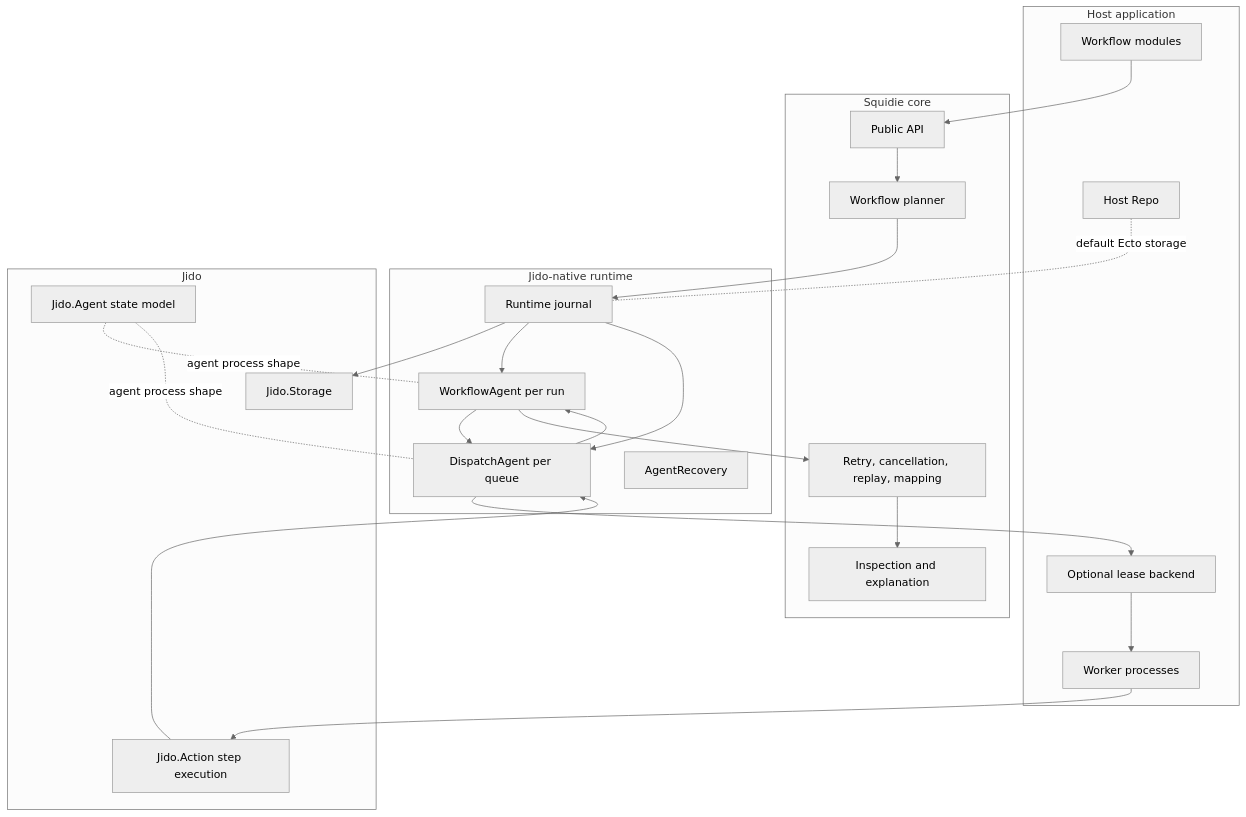
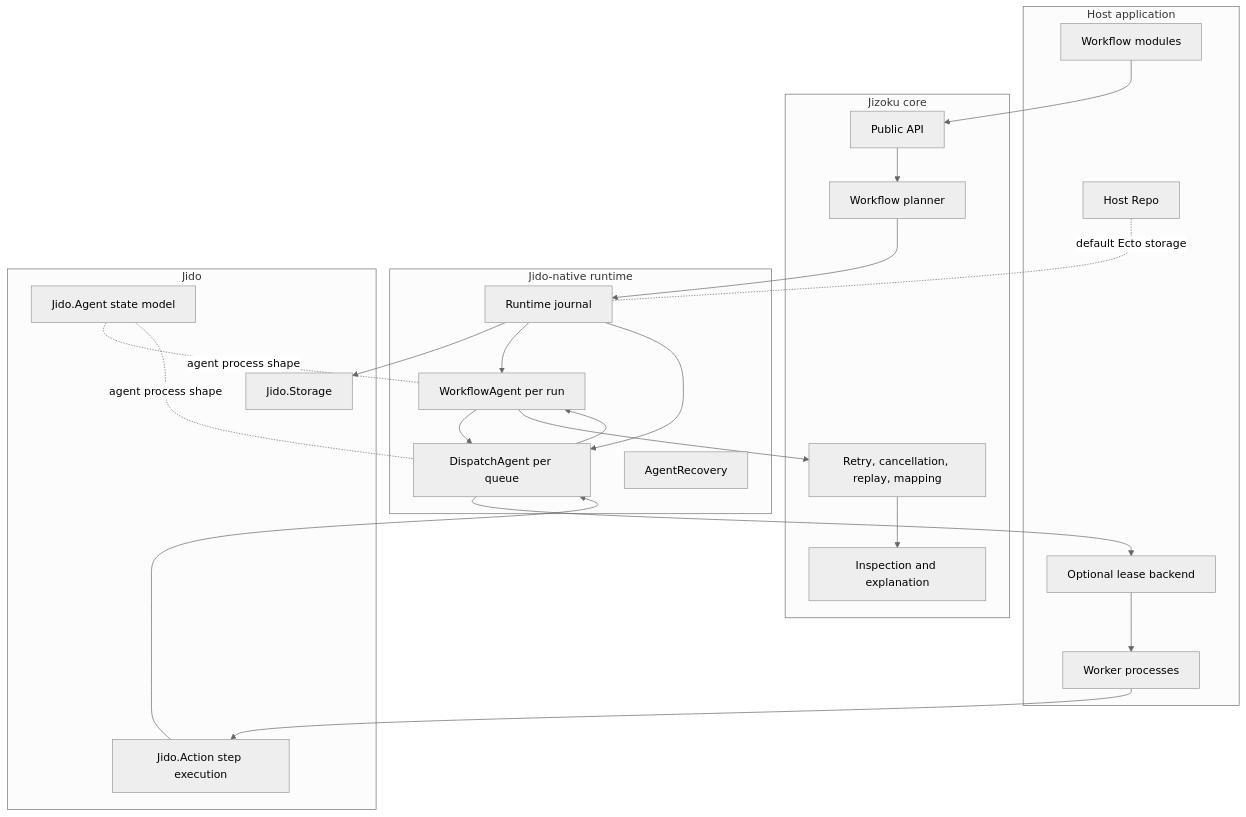
One commit to agentjido/jizoku changed the first of 13 diagrams in docs/jido_runtime_architecture.md. Above: the diagram before and after it, drawn with Mermaid (neutral theme). The commit also changed other lines of this file and 45 other files, not shown here.

````diff
--- a/docs/jido_runtime_architecture.md
+++ b/docs/jido_runtime_architecture.md
@@ -28,47 +28,47 @@
 ```mermaid
 flowchart TB
     subgraph HostApp[Host application]
         Workflow[Workflow modules]
         Repo[Host Repo]
         Backend[Optional lease backend]
         Workers[Worker processes]
     end
 
-    subgraph Core[Squidie core]
+    subgraph Core[Jizoku core]
         API[Public API]
         Planner[Workflow planner]
         Policies[Retry, cancellation, replay, mapping]
         Inspector[Inspection and explanation]
     end
 
     subgraph JidoRuntime[Jido-native runtime]
         Journal[Runtime journal]
         WorkflowAgent[WorkflowAgent per run]
         DispatchAgent[DispatchAgent per queue]
         Recovery[AgentRecovery]
     end
 
     subgraph Jido[Jido]
         Storage[Jido.Storage]
         Actions[Jido.Action step execution]
         AgentModel[Jido.Agent state model]
     end
 
     Workflow --> API
     API --> Planner
     Planner --> Journal
     Journal --> Storage
     Journal --> WorkflowAgent
     Journal --> DispatchAgent
     WorkflowAgent --> DispatchAgent
     DispatchAgent --> Backend
     Backend --> Workers
     Workers --> Actions
     Actions --> DispatchAgent
     DispatchAgent --> WorkflowAgent
     WorkflowAgent --> Policies
     Policies --> Inspector
     Repo -. default Ecto storage .- Journal
     AgentModel -. agent process shape .- WorkflowAgent
     AgentModel -. agent process shape .- DispatchAgent
 ```
````
